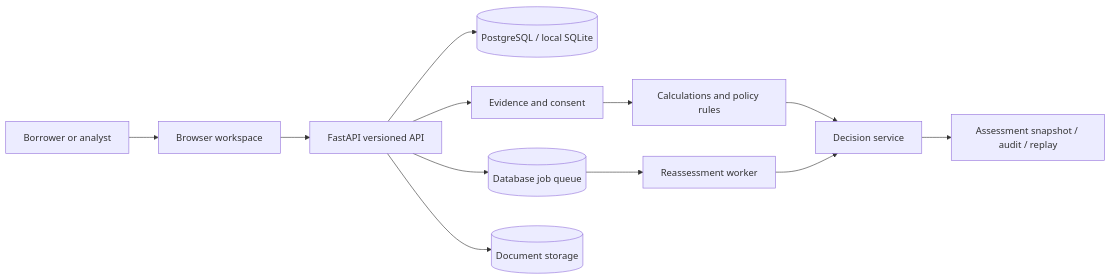
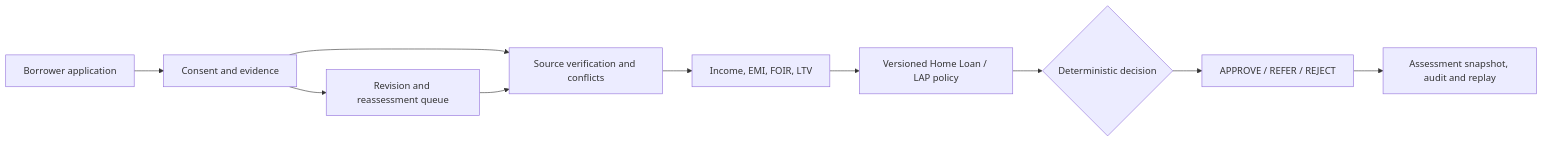
Before and after one commit to pushkkal0201-bit/AadharShila: the diagram in README.md, drawn with Mermaid. The commit also changed other lines of this file, not shown here.

Commit message:
docs: refresh README with architecture, setup, and operational guidance

````diff
--- a/README.md
+++ b/README.md
@@ -38,14 +11,12 @@
 ```mermaid
 flowchart LR
-    B[Borrower or analyst] --> W[Browser workspace]
-    W --> A[FastAPI versioned API]
-    A --> DB[(PostgreSQL / local SQLite)]
-    A --> E[Evidence and consent]
-    E --> R[Calculations and policy rules]
-    R --> D[Decision service]
-    D --> H[Assessment snapshot / audit / replay]
-    A --> J[(Database job queue)]
-    J --> K[Reassessment worker]
-    K --> D
-    A --> S[(Document storage)]
+    A[Borrower application] --> B[Consent and evidence]
+    B --> C[Source verification and conflicts]
+    C --> D[Income, EMI, FOIR, LTV]
+    D --> E[Versioned Home Loan / LAP policy]
+    E --> F{Deterministic decision}
+    F --> G[APPROVE / REFER / REJECT]
+    G --> H[Assessment snapshot, audit and replay]
+    B --> I[Revision and reassessment queue]
+    I --> C
 ```
````
